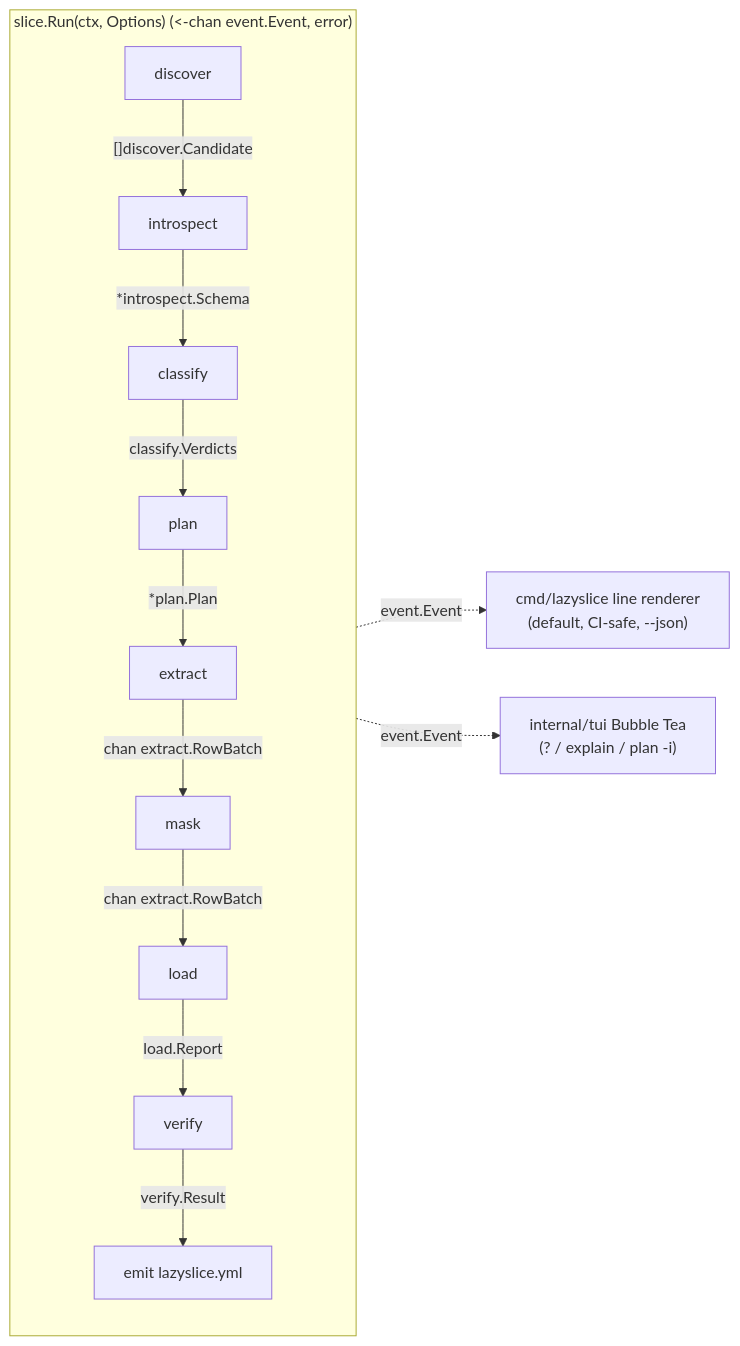
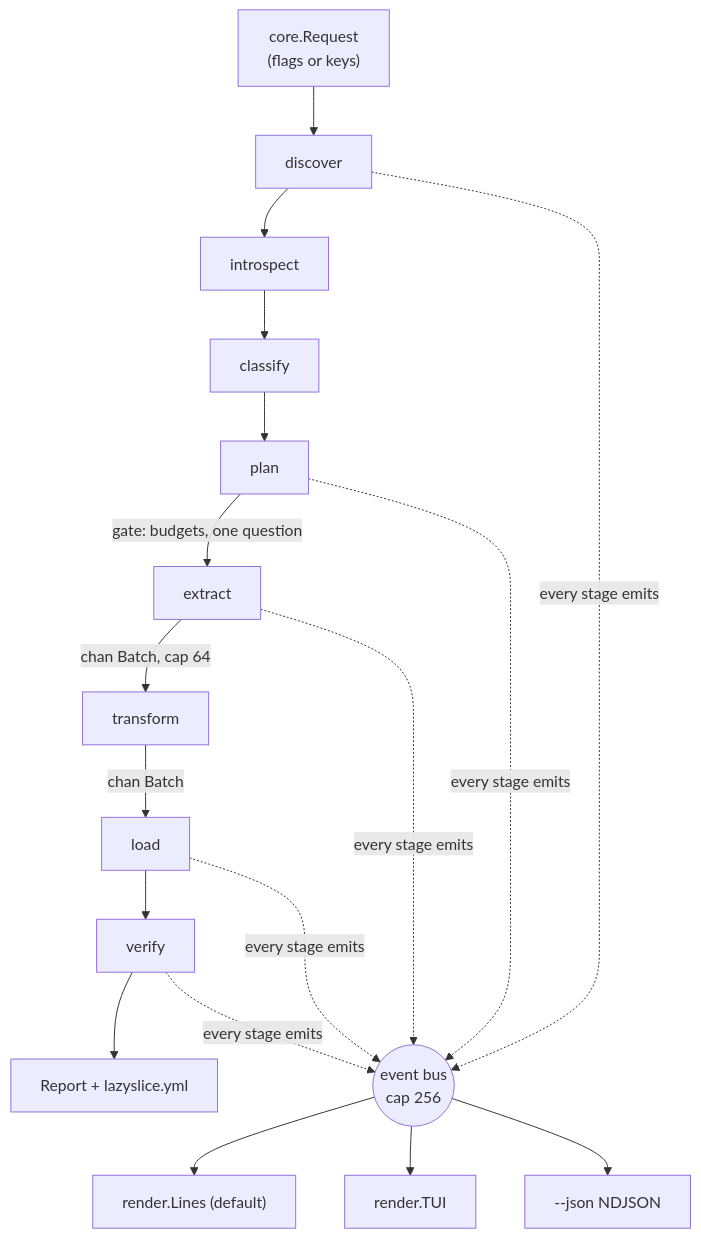
Before and after one commit to Liarea/lazyslice: the first of 2 diagrams in research/proposals/user-first.md, drawn with Mermaid. The commit also changed other lines of this file and 26 other files, not shown here.

Commit message:
Phase 2 closed: ADRs 001-006 accepted, ARCHITECTURE.md, THREAT_MODEL.md; phase 3 opened

````diff
--- a/research/proposals/user-first.md
+++ b/research/proposals/user-first.md
@@ -43,15 +45,12 @@
 ```mermaid
-flowchart LR
-  subgraph core["slice.Run(ctx, Options) (<-chan event.Event, error)"]
-    D[discover] -->|"[]discover.Candidate"| I[introspect]
-    I -->|"*introspect.Schema"| C[classify]
-    C -->|"classify.Verdicts"| P[plan]
-    P -->|"*plan.Plan"| E[extract]
-    E -->|"chan extract.RowBatch"| M[mask]
-    M -->|"chan extract.RowBatch"| L[load]
-    L -->|"load.Report"| V[verify]
-    V -->|"verify.Result"| Y["emit lazyslice.yml"]
-  end
-  core -.->|"event.Event"| CLI["cmd/lazyslice line renderer<br/>(default, CI-safe, --json)"]
-  core -.->|"event.Event"| TUI["internal/tui Bubble Tea<br/>(? / explain / plan -i)"]
+flowchart TD
+  R["core.Request<br/>(flags or keys)"] --> D[discover]
+  D --> I[introspect] --> C[classify] --> P[plan]
+  P -->|"gate: budgets, one question"| E[extract]
+  E -->|"chan Batch, cap 64"| T[transform] -->|"chan Batch"| L[load]
+  L --> V[verify] --> Y["Report + lazyslice.yml"]
+  D & P & E & L & V -.->|"every stage emits"| B(("event bus<br/>cap 256"))
+  B --> LN["render.Lines (default)"]
+  B --> TU["render.TUI"]
+  B --> J["--json NDJSON"]
 ```
````
